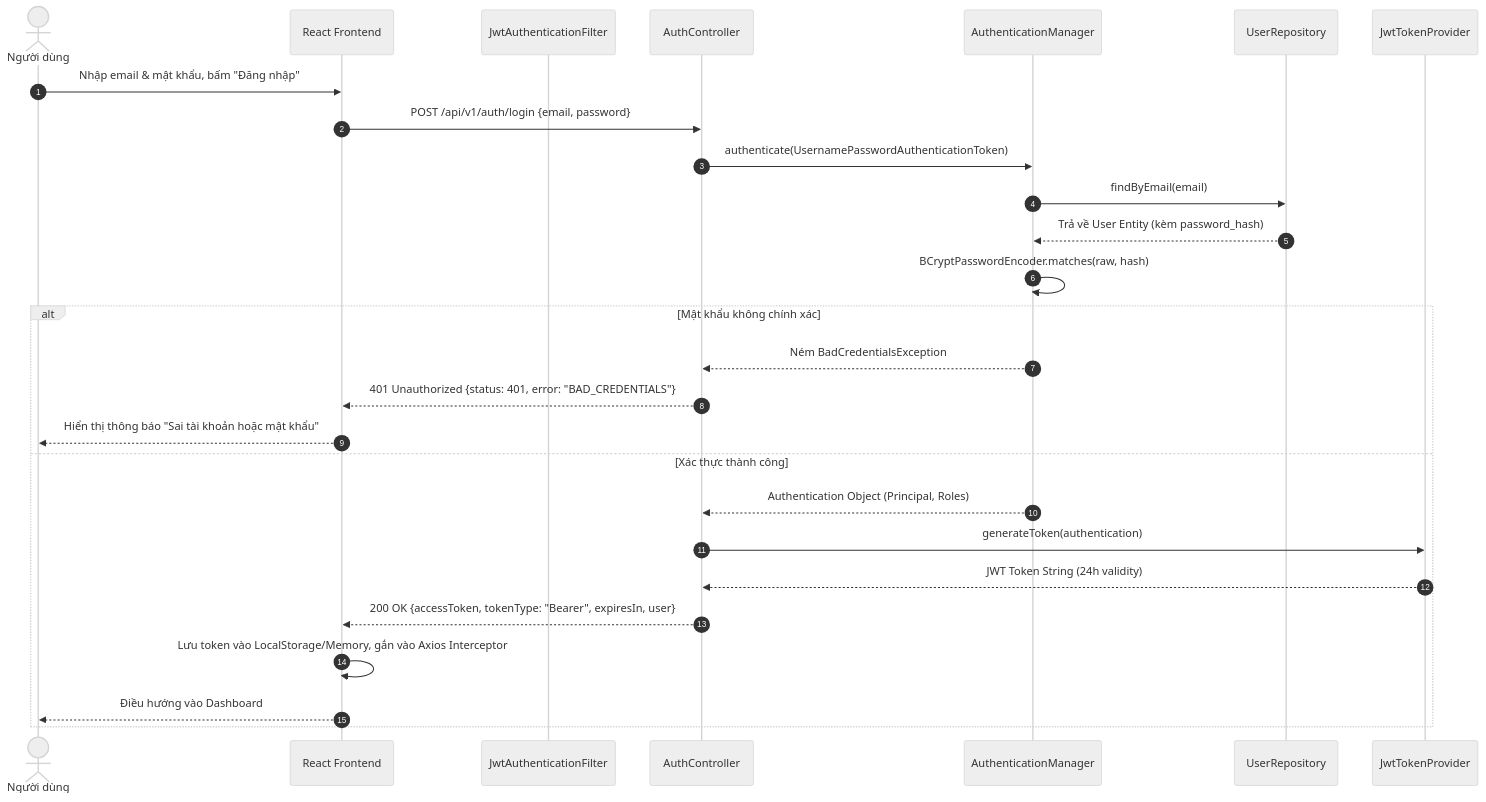
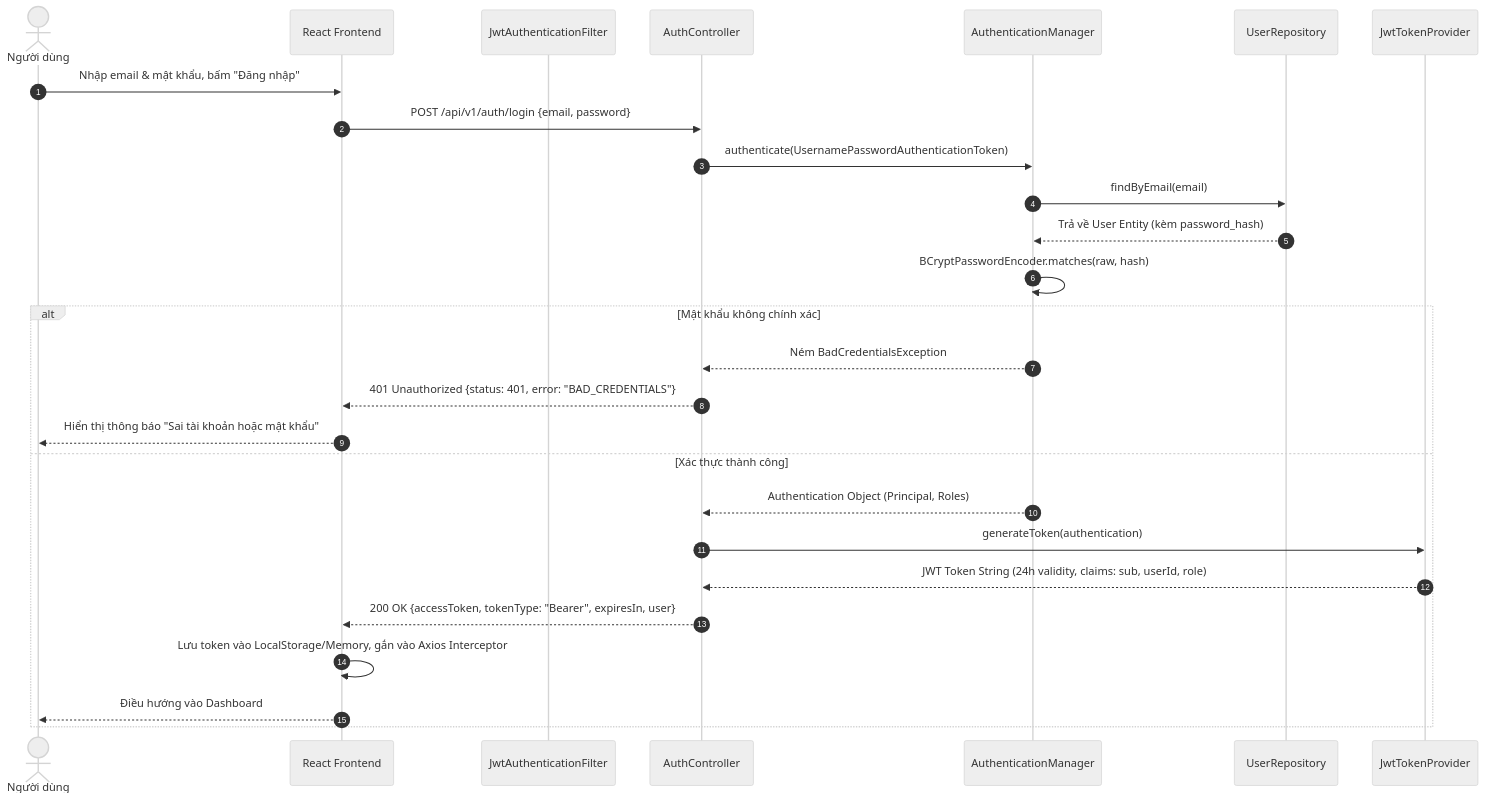
The second of 5 diagrams in docs/architecture/system-architecture.md (CNPM-Chuyen-Sau-SE214-R11-HK1-2026/Skill--and-Labor-Market-Demand-Based-Career-Recommendation-System), drawn with Mermaid (neutral theme) before and after one commit. The commit also changed other lines of this file and 9 other files, not shown here.

````diff
--- a/docs/architecture/system-architecture.md
+++ b/docs/architecture/system-architecture.md
@@ -99,30 +101,30 @@
 ```mermaid
 sequenceDiagram
     autonumber
     actor User as Người dùng
     participant UI as React Frontend
     participant Filter as JwtAuthenticationFilter
     participant AuthCtrl as AuthController
     participant AuthSvc as AuthenticationManager
     participant UserRepo as UserRepository
     participant TokenProv as JwtTokenProvider
 
     User->>UI: Nhập email & mật khẩu, bấm "Đăng nhập"
     UI->>AuthCtrl: POST /api/v1/auth/login {email, password}
     AuthCtrl->>AuthSvc: authenticate(UsernamePasswordAuthenticationToken)
     AuthSvc->>UserRepo: findByEmail(email)
     UserRepo-->>AuthSvc: Trả về User Entity (kèm password_hash)
     AuthSvc->>AuthSvc: BCryptPasswordEncoder.matches(raw, hash)
     alt Mật khẩu không chính xác
         AuthSvc-->>AuthCtrl: Ném BadCredentialsException
         AuthCtrl-->>UI: 401 Unauthorized {status: 401, error: "BAD_CREDENTIALS"}
         UI-->>User: Hiển thị thông báo "Sai tài khoản hoặc mật khẩu"
     else Xác thực thành công
         AuthSvc-->>AuthCtrl: Authentication Object (Principal, Roles)
         AuthCtrl->>TokenProv: generateToken(authentication)
-        TokenProv-->>AuthCtrl: JWT Token String (24h validity)
+        TokenProv-->>AuthCtrl: JWT Token String (24h validity, claims: sub, userId, role)
         AuthCtrl-->>UI: 200 OK {accessToken, tokenType: "Bearer", expiresIn, user}
         UI->>UI: Lưu token vào LocalStorage/Memory, gắn vào Axios Interceptor
         UI-->>User: Điều hướng vào Dashboard
     end
 ```
````
